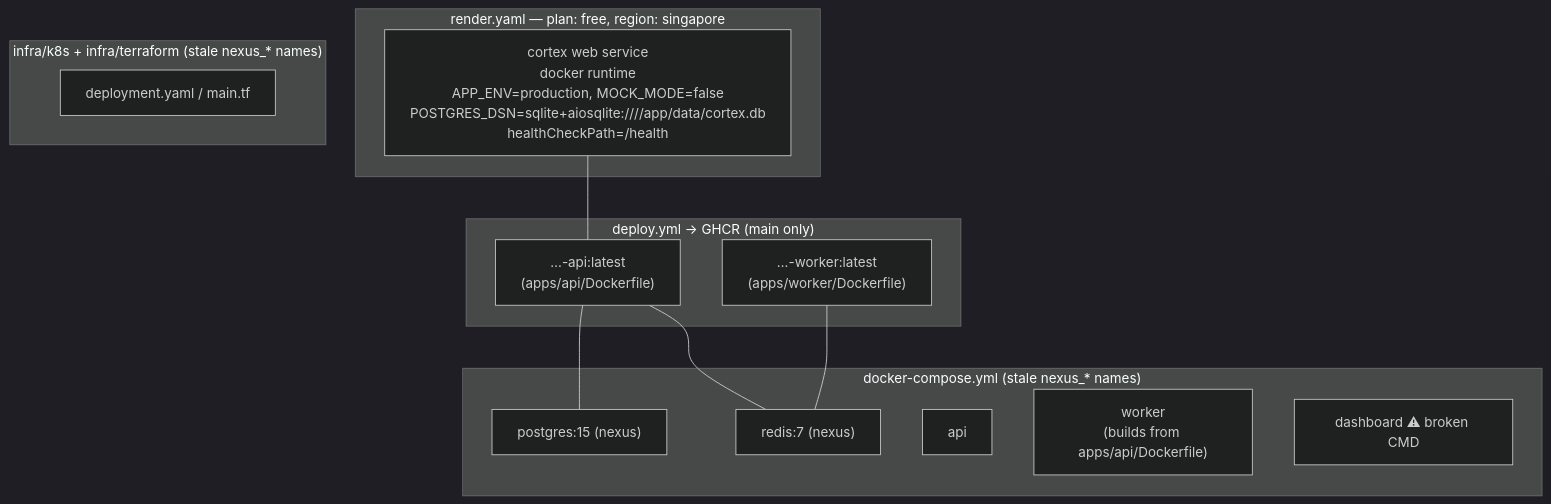
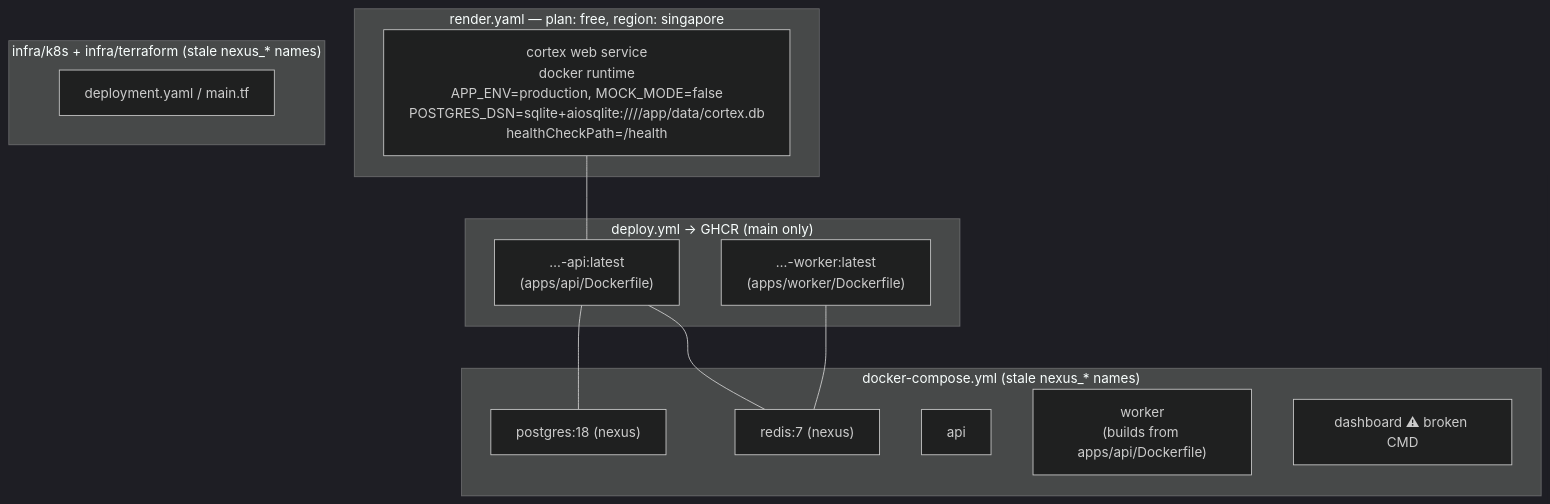
The third of 3 diagrams in REPO_ANALYSIS.md (surendra2304/Cortex), drawn with Mermaid (dark theme) before and after one commit. The commit also changed 9 other files, not shown here.

````diff
--- a/REPO_ANALYSIS.md
+++ b/REPO_ANALYSIS.md
@@ -110,19 +110,19 @@
 ```mermaid
 flowchart TB
     subgraph Render["render.yaml — plan: free, region: singapore"]
         R["cortex web service<br/>docker runtime<br/>APP_ENV=production, MOCK_MODE=false<br/>POSTGRES_DSN=sqlite+aiosqlite:////app/data/cortex.db<br/>healthCheckPath=/health"]
     end
     subgraph GHCR["deploy.yml → GHCR (main only)"]
         A["…-api:latest<br/>(apps/api/Dockerfile)"]
         W["…-worker:latest<br/>(apps/worker/Dockerfile)"]
     end
     subgraph Compose["docker-compose.yml (stale nexus_* names)"]
-        PG["postgres:15 (nexus)"] & RD2["redis:7 (nexus)"] & API2["api"] & WK["worker<br/>(builds from apps/api/Dockerfile)"] & DB2["dashboard ⚠ broken CMD"]
+        PG["postgres:18 (nexus)"] & RD2["redis:7 (nexus)"] & API2["api"] & WK["worker<br/>(builds from apps/api/Dockerfile)"] & DB2["dashboard ⚠ broken CMD"]
     end
     subgraph K8S["infra/k8s + infra/terraform (stale nexus_* names)"]
         K["deployment.yaml / main.tf"]
     end
     R --- A
     A --- PG & RD2
     W --- RD2
 ```
````
